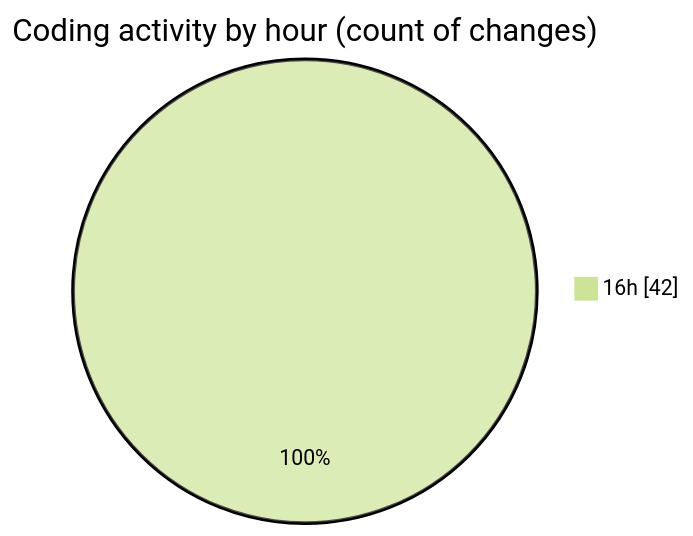
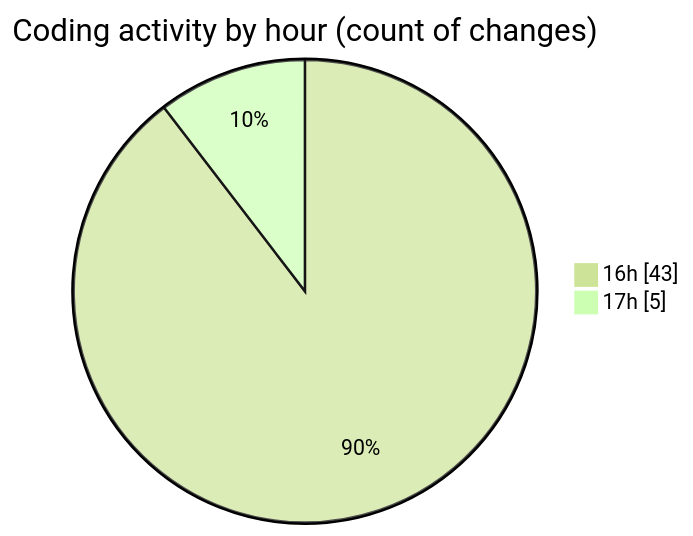
One commit to momahboobian/code-tracking changed the second of 2 diagrams in 2026-11-13/broadcaster-v6-feature/README.md. Above: the diagram before and after it, drawn with Mermaid (forest theme). The commit also changed other lines of this file and 1 other file, not shown here.

````diff
--- a/2026-11-13/broadcaster-v6-feature/README.md
+++ b/2026-11-13/broadcaster-v6-feature/README.md
@@ -37,5 +42,6 @@
 ```mermaid
 pie showData
 title Coding activity by hour (count of changes)
-"16h" : 42
+"16h" : 43
+"17h" : 5
 ```
````
